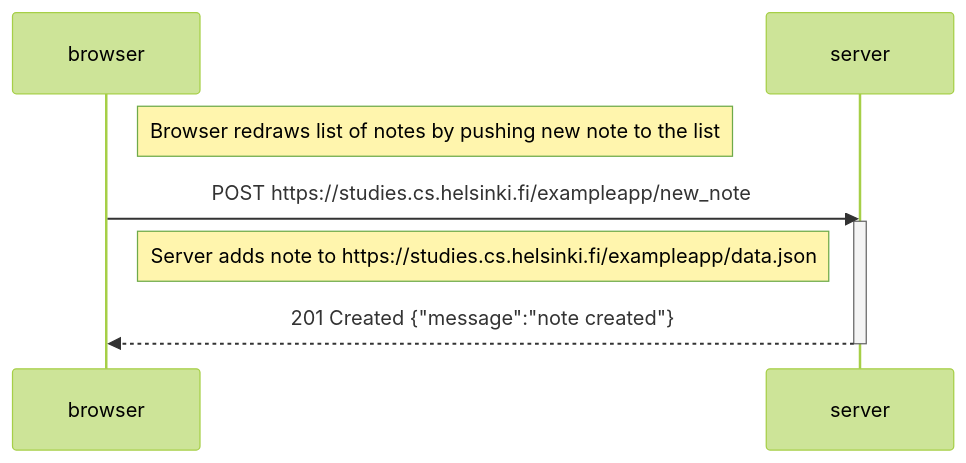
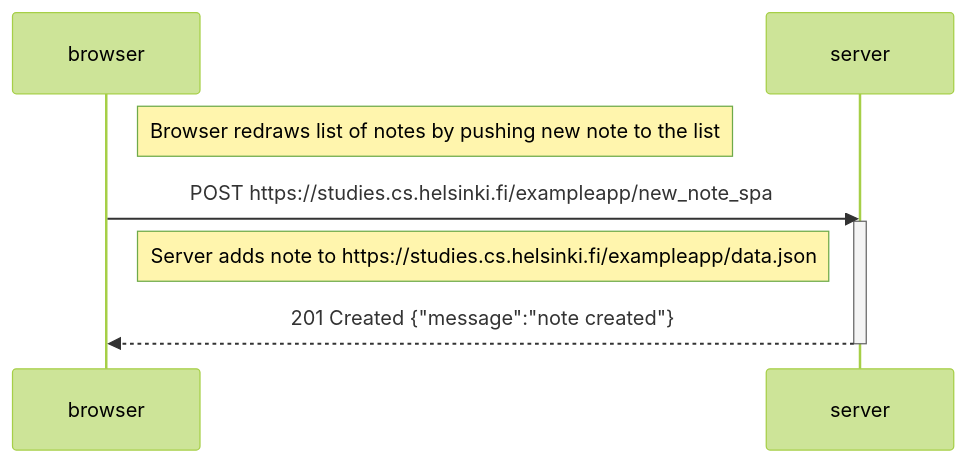
Before and after one commit to pmoilane/fullstack: the diagram in osa0/6_uusi_muistiinpano_SPA.md, drawn with Mermaid (forest theme).

Commit message:
Update POST URL for new note in SPA

````diff
--- a/osa0/6_uusi_muistiinpano_SPA.md
+++ b/osa0/6_uusi_muistiinpano_SPA.md
@@ -1,14 +1,14 @@
 ```mermaid
 sequenceDiagram
     participant browser
     participant server
 
     Note right of browser: Browser redraws list of notes by pushing new note to the list
 
-    browser->>server: POST https://studies.cs.helsinki.fi/exampleapp/new_note
+    browser->>server: POST https://studies.cs.helsinki.fi/exampleapp/new_note_spa
     activate server
     Note left of server: Server adds note to https://studies.cs.helsinki.fi/exampleapp/data.json
     server-->>browser: 201 Created {"message":"note created"}
     deactivate server
 
 ```
````
